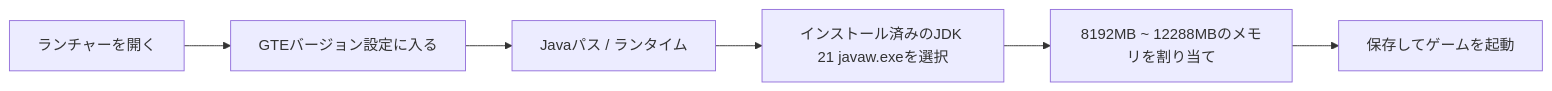
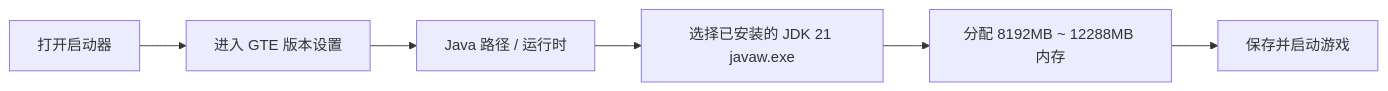
One commit to takanashisatou/GregtechEasy changed the diagram in docs/ja/download-and-play/lazy-pack.md. Above: the diagram before and after it, drawn with Mermaid. The commit also changed other lines of this file and 144 other files, not shown here.

````diff
--- a/docs/ja/download-and-play/lazy-pack.md
+++ b/docs/ja/download-and-play/lazy-pack.md
@@ -57,8 +57,8 @@
 ```mermaid
 graph LR
-    A[ランチャーを開く] --> B[GTEバージョン設定に入る]
-    B --> C[Javaパス / ランタイム]
-    C --> D[インストール済みのJDK 21 javaw.exeを選択]
-    D --> E[8192MB ~ 12288MBのメモリを割り当て]
-    E --> F[保存してゲームを起動]
+    A[打开启动器] --> B[进入 GTE 版本设置]
+    B --> C[Java 路径 / 运行时]
+    C --> D[选择已安装的 JDK 21 javaw.exe]
+    D --> E[分配 8192MB ~ 12288MB 内存]
+    E --> F[保存并启动游戏]
 ```
````
